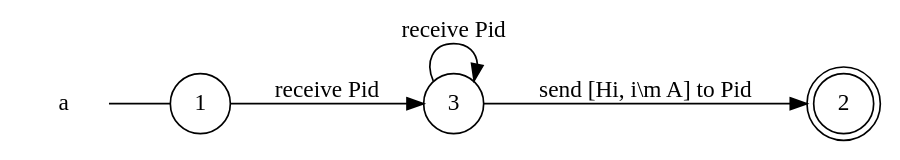
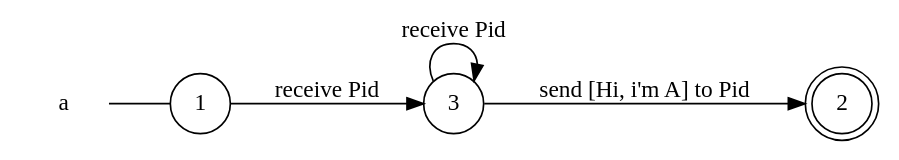
The diagram in examples/if-cases/a_local_view.dot (gabrielegenovese/chorer), drawn with Graphviz before and after one commit. The commit also changed 17 other files, not shown here.

```diff
--- a/examples/if-cases/a_local_view.dot
+++ b/examples/if-cases/a_local_view.dot
@@ -1,12 +1,12 @@
 digraph a {
 	rankdir="LR";
 	n_0 [label="a", shape="plaintext"];
 	n_1 [id="1", shape=circle, label="1"];
 	n_0 -> n_1 [arrowhead=none];
 	n_2 [id="2", shape=doublecircle, label="2"];
 	n_3 [id="3", shape=circle, label="3"];
 
-	n_3 -> n_2 [id="[$e|1]", label="send [Hi, i\\m A] to Pid"];
+	n_3 -> n_2 [id="[$e|2]", label="send [Hi, i'm A] to Pid"];
 	n_3 -> n_3 [id="[$e|0]", label="receive Pid"];
-	n_1 -> n_3 [id="[$e|2]", label="receive Pid"];
+	n_1 -> n_3 [id="[$e|1]", label="receive Pid"];
 }
```
